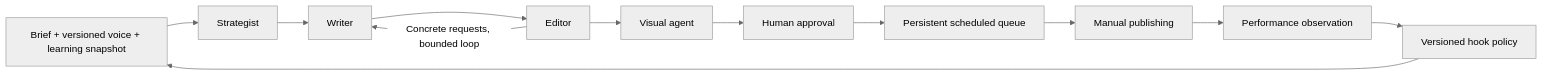
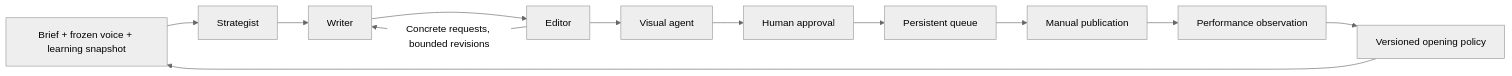
Before and after one commit to chatkausik/creatoros-content-studio: the diagram in README.md, drawn with Mermaid (neutral theme). The commit also changed other lines of this file, not shown here.

Commit message:
Clarify setup, evidence, and prioritized enhancement roadmap

````diff
--- a/README.md
+++ b/README.md
@@ -58,14 +80,14 @@
 ```mermaid
 flowchart LR
-    B[Brief + versioned voice + learning snapshot] --> S[Strategist]
+    B[Brief + frozen voice + learning snapshot] --> S[Strategist]
     S --> W[Writer]
     W --> E[Editor]
-    E -->|Concrete requests, bounded loop| W
+    E -->|Concrete requests, bounded revisions| W
     E --> V[Visual agent]
     V --> A[Human approval]
-    A --> Q[Persistent scheduled queue]
-    Q --> P[Manual publishing]
+    A --> Q[Persistent queue]
+    Q --> P[Manual publication]
     P --> F[Performance observation]
-    F --> L[Versioned hook policy]
+    F --> L[Versioned opening policy]
     L --> B
 ```
````
